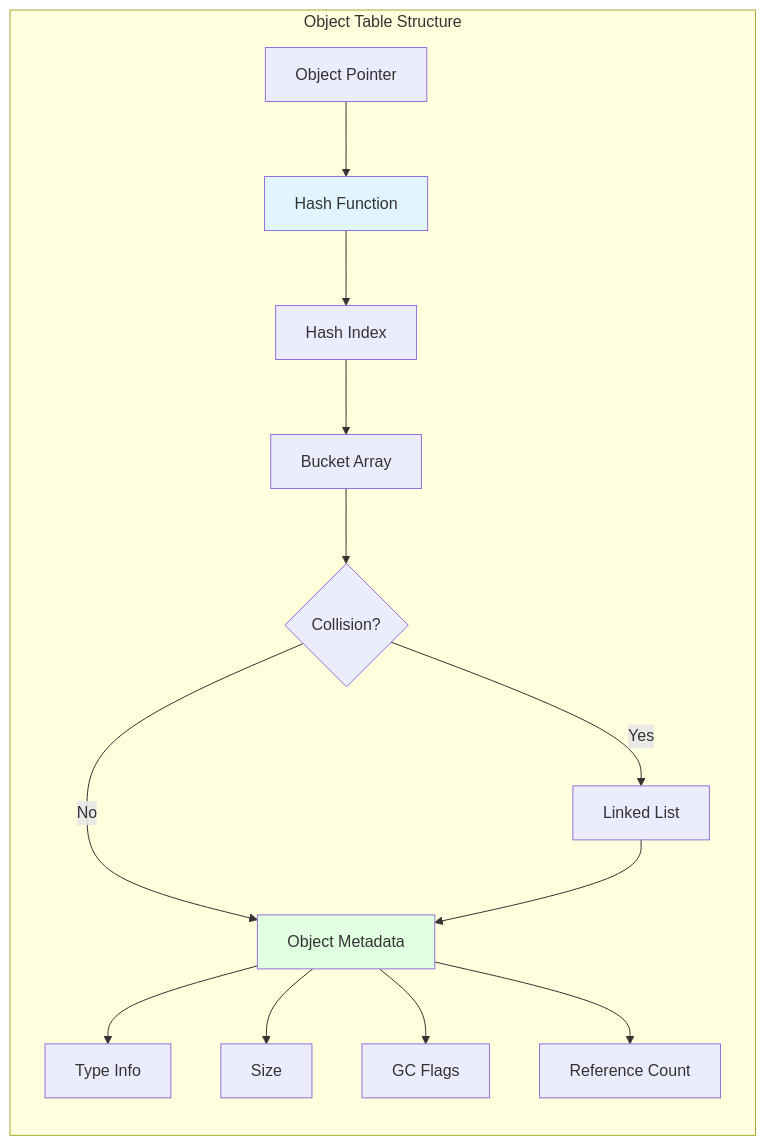
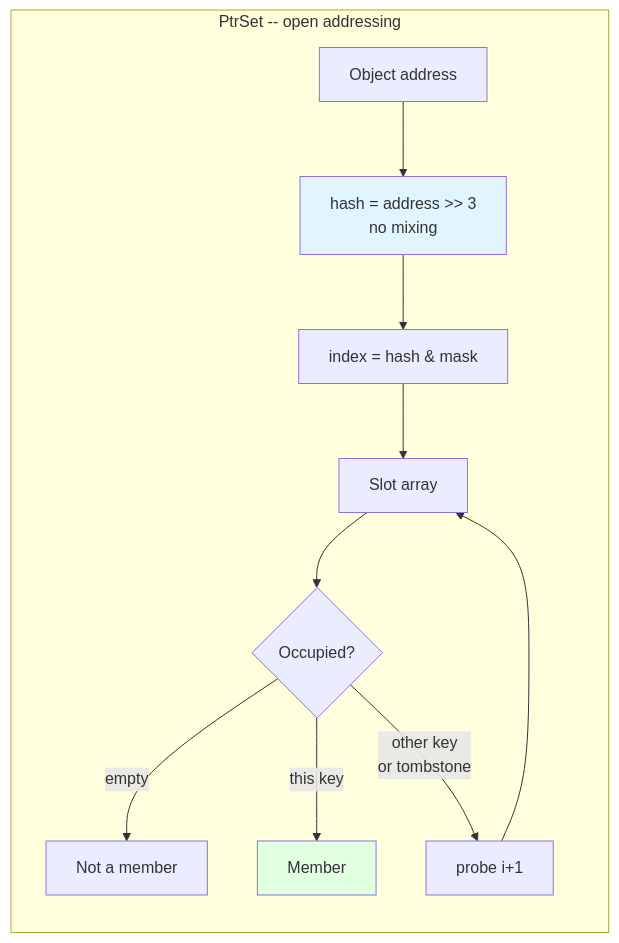
Diagram 18 of 24 in docs/architecture.md (objeck/objeck-lang), drawn with Mermaid before and after one commit. The commit also changed other lines of this file, not shown here.

First line of the commit message:
docs(architecture): correct the GC section, the cache strategy and the version

````diff
--- a/docs/architecture.md
+++ b/docs/architecture.md
@@ -929,21 +958,17 @@
 ```mermaid
 graph LR
-    subgraph "Object Table Structure"
-        A[Object Pointer] --> B[Hash Function]
-        B --> C[Hash Index]
-        C --> D[Bucket Array]
-        D --> E{Collision?}
+    subgraph "PtrSet -- open addressing"
+        A[Object address] --> B["hash = address >> 3<br/>no mixing"]
+        B --> C[index = hash & mask]
+        C --> D[Slot array]
+        D --> E{Occupied?}
 
-        E -->|No| F[Object Metadata]
-        E -->|Yes| G[Linked List]
-        G --> F
-
-        F --> H[Type Info]
-        F --> I[Size]
-        F --> J[GC Flags]
-        F --> K[Reference Count]
+        E -->|"empty"| F[Not a member]
+        E -->|"this key"| G[Member]
+        E -->|"other key<br/>or tombstone"| H[probe i+1]
+        H --> D
     end
 
     style B fill:#e1f5ff
-    style F fill:#e1ffe1
+    style G fill:#e1ffe1
 ```
````
